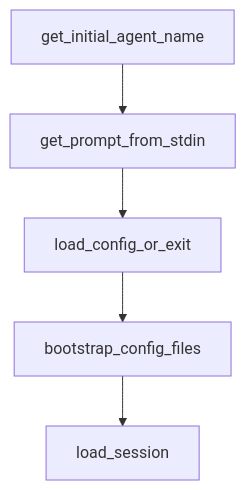
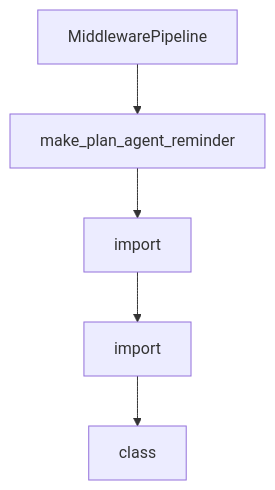
The diagram in tutorials/mistral-vibe-tutorial/07-acp-and-editor-integrations.md (johnxie/awesome-code-docs), drawn with Mermaid before and after one commit. The commit also changed other lines of this file and 1232 other files, not shown here.

````diff
--- a/tutorials/mistral-vibe-tutorial/07-acp-and-editor-integrations.md
+++ b/tutorials/mistral-vibe-tutorial/07-acp-and-editor-integrations.md
@@ -204,12 +198,12 @@
 ```mermaid
 flowchart TD
-    A[get_initial_agent_name]
-    B[get_prompt_from_stdin]
-    C[load_config_or_exit]
-    D[bootstrap_config_files]
-    E[load_session]
+    A[MiddlewarePipeline]
+    B[make_plan_agent_reminder]
+    C[import]
+    D[import]
+    E[class]
     A --> B
     B --> C
     C --> D
     D --> E
 ```
````
